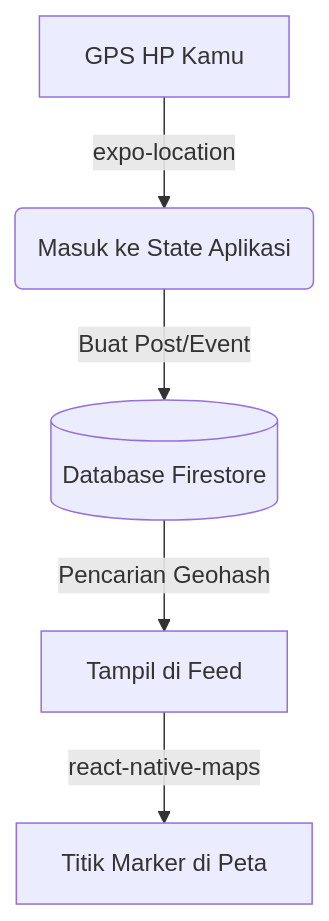
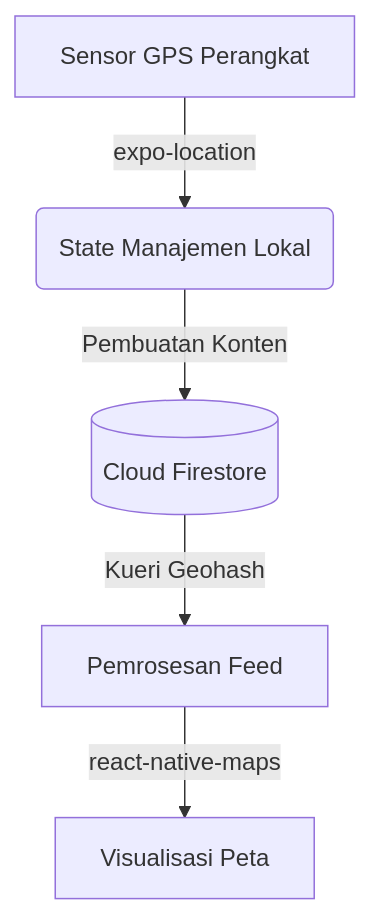
The diagram in docs/LOCATION_TECHNOLOGY.md (ltnzz/geo-connect), drawn with Mermaid before and after one commit. The commit also changed other lines of this file and 1 other file, not shown here.

Commit message:
docs: use formal formatting for privacy and location technology documents

````diff
--- a/docs/LOCATION_TECHNOLOGY.md
+++ b/docs/LOCATION_TECHNOLOGY.md
@@ -11,7 +8,7 @@
 ```mermaid
 graph TD
-    A[GPS HP Kamu] -->|expo-location| B(Masuk ke State Aplikasi)
-    B -->|Buat Post/Event| C[(Database Firestore)]
-    C -->|Pencarian Geohash| D[Tampil di Feed]
-    D -->|react-native-maps| E[Titik Marker di Peta]
+    A[Sensor GPS Perangkat] -->|expo-location| B(State Manajemen Lokal)
+    B -->|Pembuatan Konten| C[(Cloud Firestore)]
+    C -->|Kueri Geohash| D[Pemrosesan Feed]
+    D -->|react-native-maps| E[Visualisasi Peta]
 ```
````
